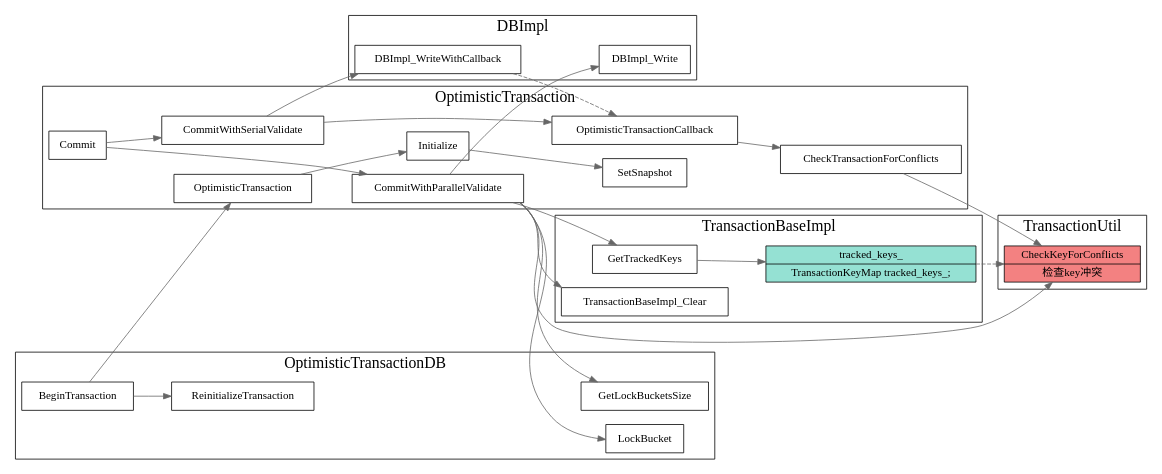
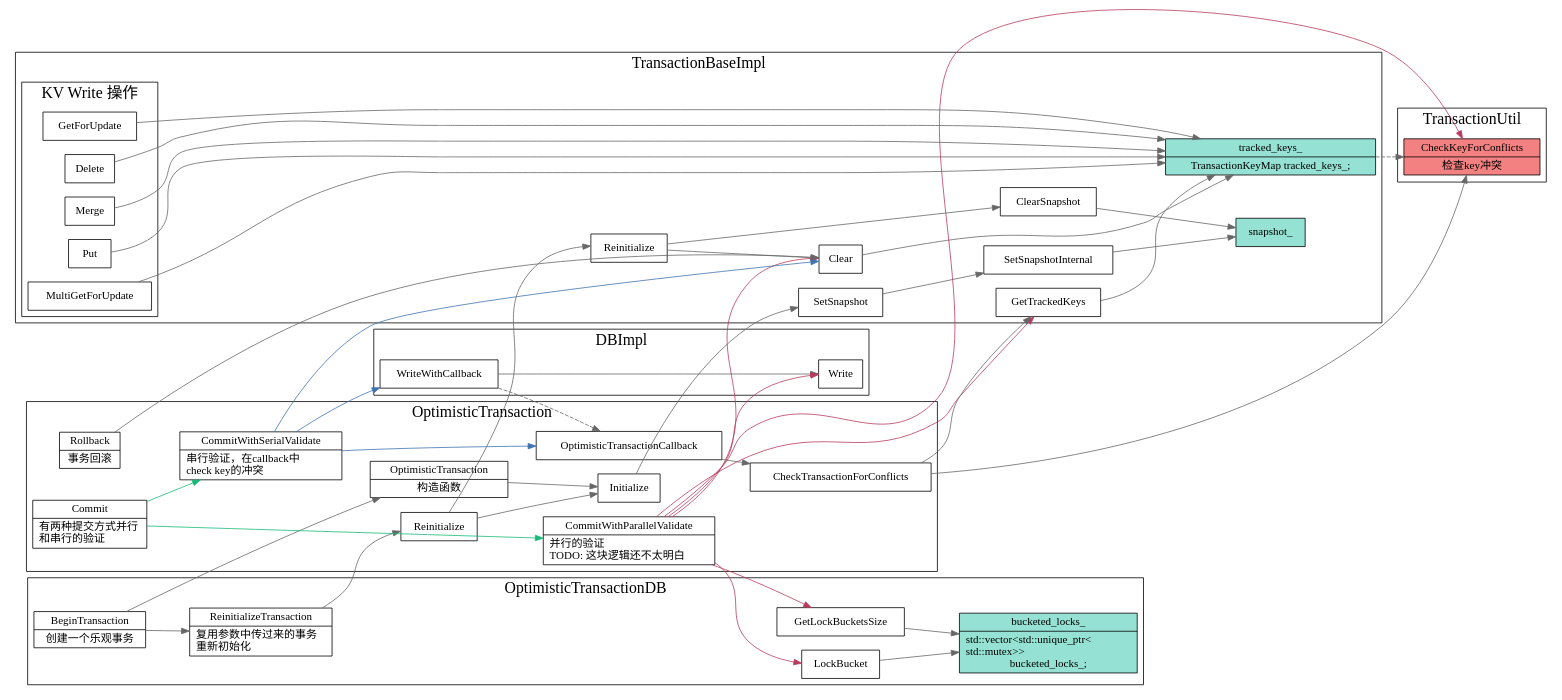
The diagram in src/rocksdb/optimistic-transaction.dot (xieyu/blog), drawn with Graphviz before and after one commit. The commit also changed 5 other files, not shown here.

Commit message:
add note on optimistic transaction

```diff
--- a/src/rocksdb/optimistic-transaction.dot
+++ b/src/rocksdb/optimistic-transaction.dot
@@ -6,22 +6,71 @@
 
   subgraph cluster_DBImpl {
     graph[label="DBImpl";fontsize=20;];
-    DBImpl_Write;
-    DBImpl_WriteWithCallback;
+    DBImpl_Write[
+      shape="record";
+      label="{{
+        Write
+      }}";
+    ];
+    DBImpl_WriteWithCallback[
+      shape="record";
+      label="{{
+        WriteWithCallback
+      }}";
+    ];
+    DBImpl_WriteWithCallback -> DBImpl_Write;
   }
   subgraph cluster_OptimisticTransactionDB {
     graph[label="OptimisticTransactionDB";fontsize=20;];
+    BeginTransaction[
+      shape="record";
+      label="{{
+        BeginTransaction|
+        创建一个乐观事务
+      }}";
+    ];
     BeginTransaction -> {
       ReinitializeTransaction;
     }
-    GetLockBucketsSize;
-    LockBucket;
+    ReinitializeTransaction[
+      shape="record";
+      label="{{
+        ReinitializeTransaction|
+        复用参数中传过来的事务\l
+        重新初始化\l
+      }}";
+    ];
+    GetLockBucketsSize -> bucketed_locks_;
+    LockBucket -> {
+      bucketed_locks_;
+    }
+    bucketed_locks_[
+      shape="record";
+      fillcolor="#95e1d3"
+      style=filled;
+      label="{{
+        bucketed_locks_|
+          std::vector\<std::unique_ptr\<\lstd::mutex\>\>\l bucketed_locks_;
+      }}";
+    ];
   }
   BeginTransaction -> OptimisticTransaction;
+  ReinitializeTransaction -> OptimisticTransaction_Reinitialize;
   tracked_keys_ -> CheckKeyForConflicts[style=dashed];
 
   subgraph cluster_TransactionBaseImpl {
     graph[label="TransactionBaseImpl";fontsize=20;];
+    TransactionBaseImpl_Reinitialize[
+      shape="record";
+      label="{{
+        Reinitialize
+      }}";
+    ];
+
+    TransactionBaseImpl_Reinitialize -> {
+      TransactionBaseImpl_Clear;
+      ClearSnapshot;
+    }
     GetTrackedKeys -> tracked_keys_;
     tracked_keys_[
       shape="record"
@@ -32,7 +81,26 @@
           TransactionKeyMap tracked_keys_;
       }}"
     ];
-    TransactionBaseImpl_Clear;
+
+    TransactionBaseImpl_Clear[
+      shape="record";
+      label="{{
+        Clear
+      }}";
+    ];
+    TransactionBaseImpl_Clear -> tracked_keys_;
+    SetSnapshot -> SetSnapshotInternal -> snapshot_;
+    ClearSnapshot -> snapshot_;
+
+    subgraph cluster_KvOperation {
+      graph[label="KV Write 操作";fontsize=20;];
+      GetForUpdate;
+      MultiGetForUpdate;
+      Put;
+      Merge;
+      Delete;
+      {rank=same;GetForUpdate;MultiGetForUpdate;Put;Merge;Delete}
+    } -> tracked_keys_;
   }
 
   subgraph cluster_TransactionUtil {
@@ -50,11 +118,43 @@
 
   subgraph cluster_OptimisticTransaction {
     graph[label="OptimisticTransaction";fontsize=20;];
+    OptimisticTransaction[
+      shape="record";
+      label="{{
+        OptimisticTransaction|
+        构造函数
+      }}";
+    ];
     OptimisticTransaction -> Initialize -> SetSnapshot;
+    snapshot_[
+      shape="record";
+      fillcolor="#95e1d3"
+      style=filled;
+      label="{{
+        snapshot_
+      }}";
+    ];
+
+    Commit[
+      shape="record";
+      label="{{
+        Commit|
+        有两种提交方式并行\l和串行的验证\l
+      }}";
+    ];
     Commit -> {
       CommitWithParallelValidate;
       CommitWithSerialValidate;
-    };
+    }[color="#17b978"];
+
+    CommitWithParallelValidate[
+      shape="record";
+      label="{{
+        CommitWithParallelValidate|
+        并行的验证\l
+        TODO: 这块逻辑还不太明白\l
+      }}";
+    ];
 
     CommitWithParallelValidate -> {
       GetLockBucketsSize;
@@ -63,14 +163,46 @@
       CheckKeyForConflicts;
       DBImpl_Write;
       TransactionBaseImpl_Clear;
-    };
+    }[color="#b83b5e"];
+
+    CommitWithSerialValidate[
+      shape="record";
+      label="{{
+        CommitWithSerialValidate|
+        串行验证，在callback中\l
+        check key的冲突\l
+      }}";
+    ];
 
     CommitWithSerialValidate -> {
       DBImpl_WriteWithCallback;
       OptimisticTransactionCallback;
-    }
+      TransactionBaseImpl_Clear;
+    }[color="#3f72af"];
+
     DBImpl_WriteWithCallback -> OptimisticTransactionCallback[style=dashed];
     OptimisticTransactionCallback -> CheckTransactionForConflicts -> CheckKeyForConflicts;
+    CheckTransactionForConflicts -> GetTrackedKeys;
+
+    Rollback[
+      shape="record";
+      label="{{
+        Rollback|
+        事务回滚
+      }}";
+    ];
+    Rollback -> TransactionBaseImpl_Clear;
+    OptimisticTransaction_Reinitialize[
+      shape="record";
+      label="{{
+        Reinitialize
+      }}";
+    ];
+    OptimisticTransaction_Reinitialize -> {
+      TransactionBaseImpl_Reinitialize;
+      Initialize;
+    }
   }
 
+  {rank=same;Rollback;Commit;BeginTransaction;GetForUpdate}
 }
```
